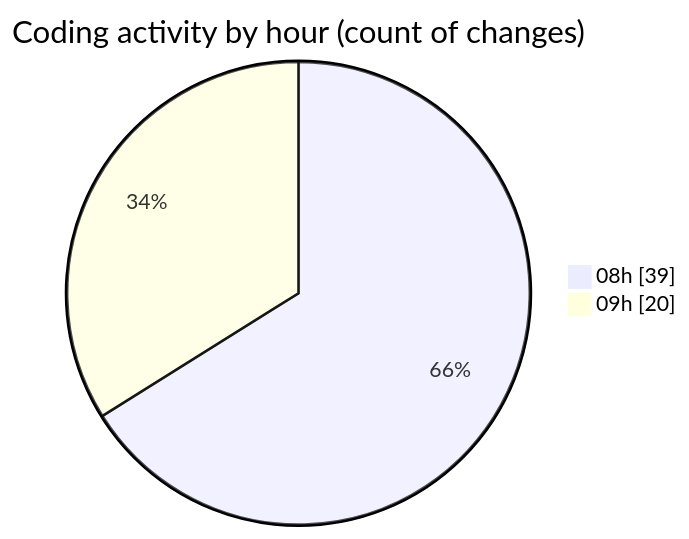
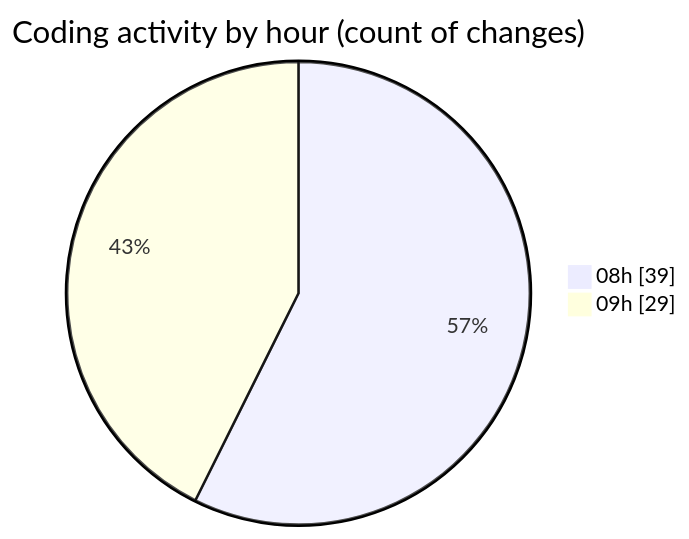
Before and after one commit to CELIANVF/code-tracking: the second of 2 diagrams in 2025-05-16/ecodeli-1/README.md, drawn with Mermaid. The commit also changed other lines of this file and 1 other file, not shown here.

````diff
--- a/2025-05-16/ecodeli-1/README.md
+++ b/2025-05-16/ecodeli-1/README.md
@@ -52,6 +56,6 @@
 ```mermaid
 pie showData
 title Coding activity by hour (count of changes)
 "08h" : 39
-"09h" : 20
+"09h" : 29
 ```
````
